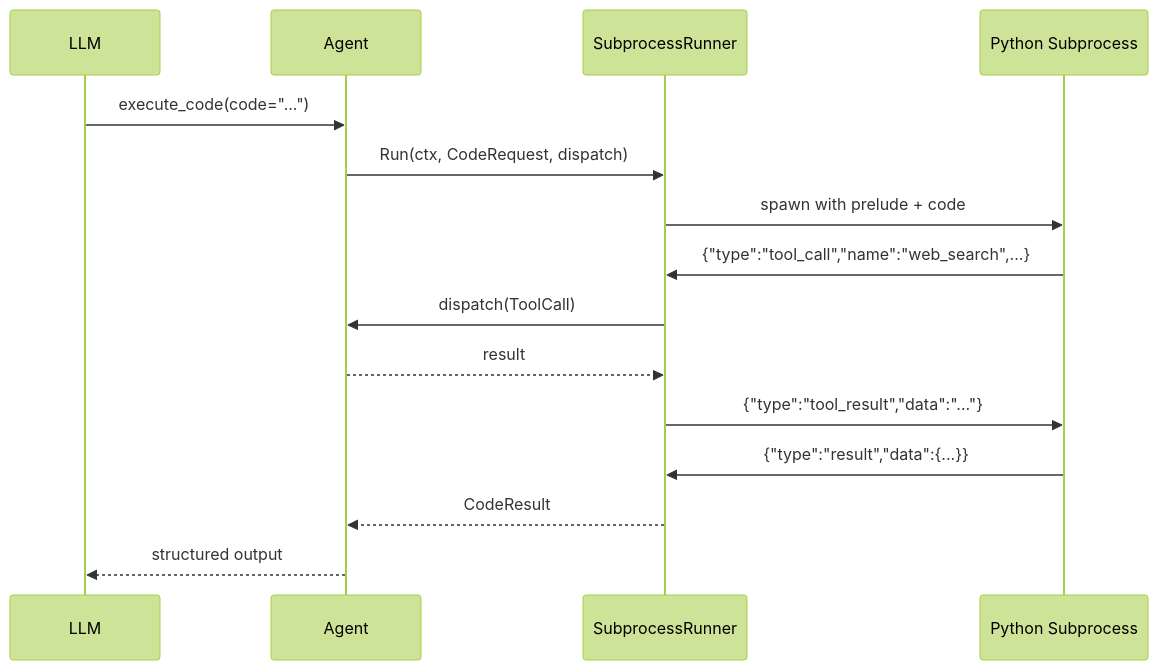
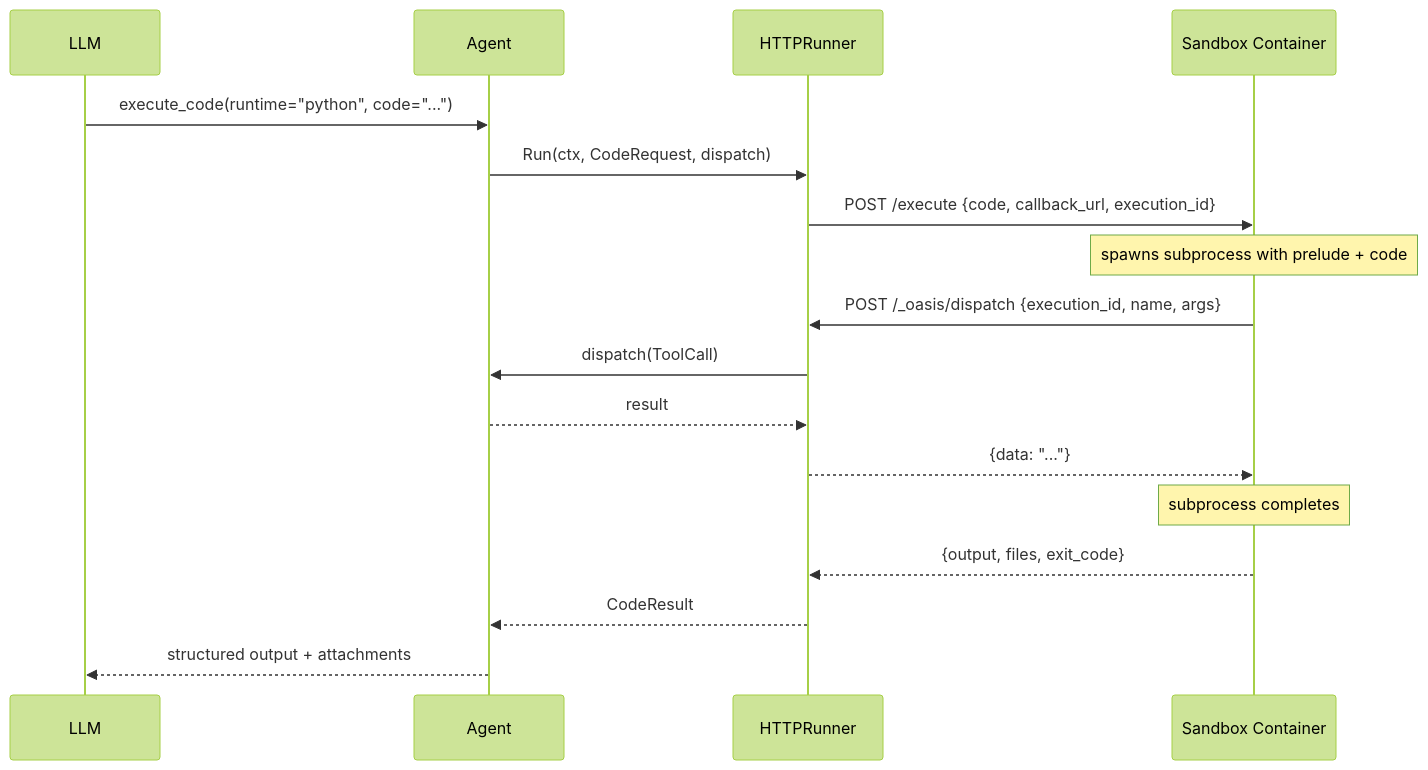
One commit to nevindra/oasis changed the first of 2 diagrams in docs/concepts/code-execution.md. Above: the diagram before and after it, drawn with Mermaid (forest theme). The commit also changed other lines of this file and 18 other files, not shown here.

First line of the commit message:
feat(code): sandbox-based code execution with HTTPRunner, Node.js runtime

````diff
--- a/docs/concepts/code-execution.md
+++ b/docs/concepts/code-execution.md
@@ -17,18 +21,20 @@
 ```mermaid
 sequenceDiagram
     participant LLM
     participant Agent
-    participant Runner as SubprocessRunner
-    participant Python as Python Subprocess
+    participant Runner as HTTPRunner
+    participant Sandbox as Sandbox Container
 
-    LLM->>Agent: execute_code(code="...")
+    LLM->>Agent: execute_code(runtime="python", code="...")
     Agent->>Runner: Run(ctx, CodeRequest, dispatch)
-    Runner->>Python: spawn with prelude + code
-    Python->>Runner: {"type":"tool_call","name":"web_search",...}
+    Runner->>Sandbox: POST /execute {code, callback_url, execution_id}
+    Note over Sandbox: spawns subprocess with prelude + code
+    Sandbox->>Runner: POST /_oasis/dispatch {execution_id, name, args}
     Runner->>Agent: dispatch(ToolCall)
     Agent-->>Runner: result
-    Runner->>Python: {"type":"tool_result","data":"..."}
-    Python->>Runner: {"type":"result","data":{...}}
+    Runner-->>Sandbox: {data: "..."}
+    Note over Sandbox: subprocess completes
+    Sandbox-->>Runner: {output, files, exit_code}
     Runner-->>Agent: CodeResult
-    Agent-->>LLM: structured output
+    Agent-->>LLM: structured output + attachments
 ```
````
